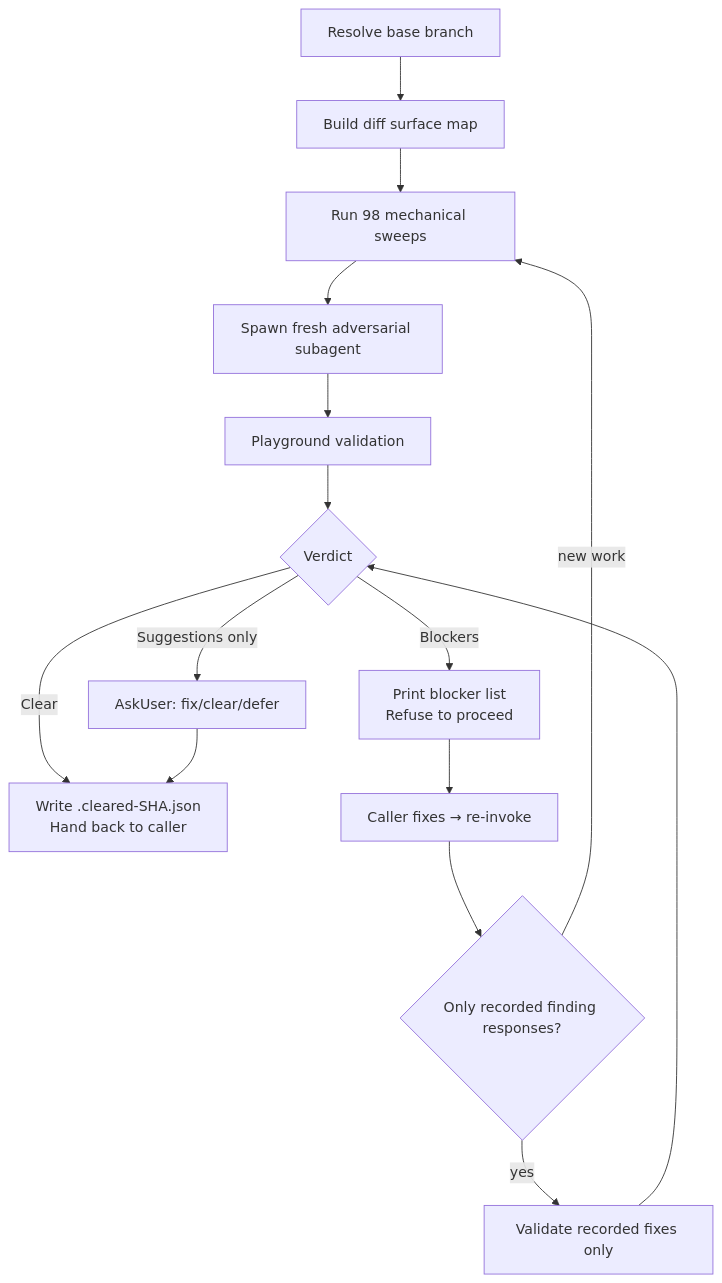
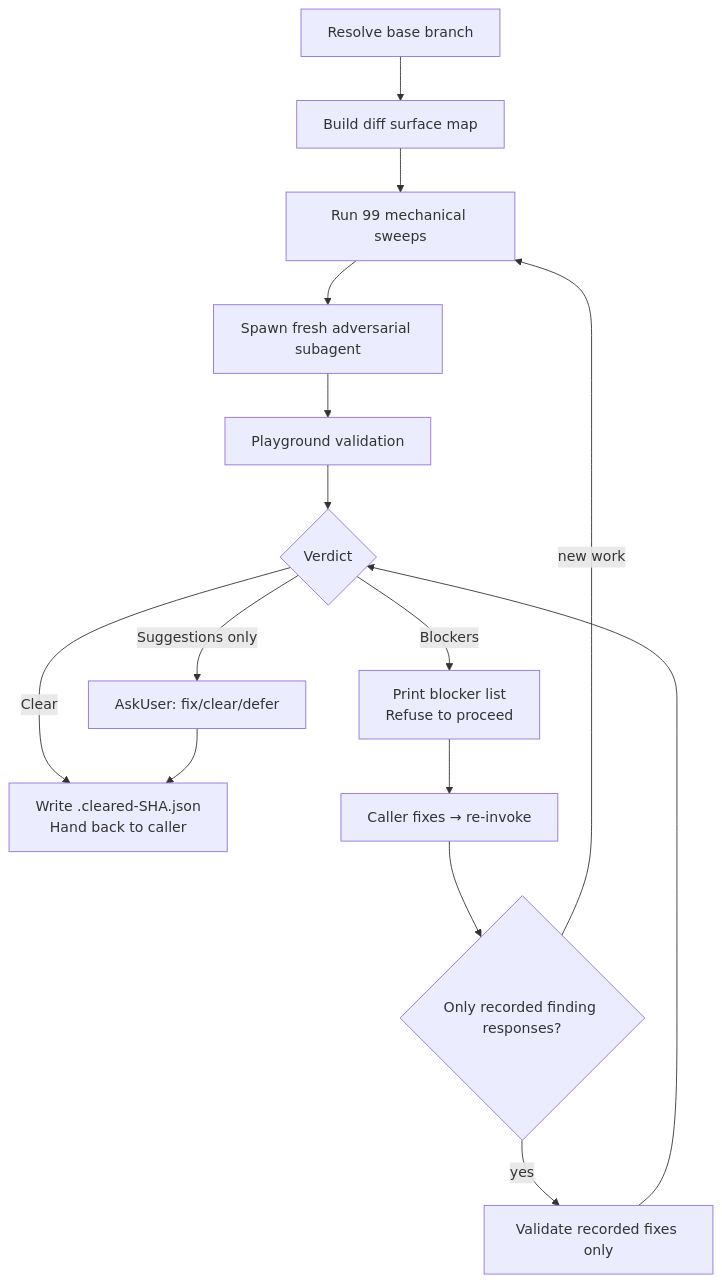
The diagram in skills/adversarial-review/README.md (whizzzkid/skills), drawn with Mermaid before and after one commit. The commit also changed other lines of this file and 3 other files, not shown here.

````diff
--- a/skills/adversarial-review/README.md
+++ b/skills/adversarial-review/README.md
@@ -16,17 +16,17 @@
 ```mermaid
 flowchart TD
     A[Resolve base branch] --> B[Build diff surface map]
-    B --> C[Run 98 mechanical sweeps]
+    B --> C[Run 99 mechanical sweeps]
     C --> D[Spawn fresh adversarial subagent]
     D --> E[Playground validation]
     E --> F{Verdict}
     F -->|Clear| G[Write .cleared-SHA.json<br/>Hand back to caller]
     F -->|Blockers| H[Print blocker list<br/>Refuse to proceed]
     F -->|Suggestions only| I[AskUser: fix/clear/defer]
     H --> J[Caller fixes → re-invoke]
     J --> K{Only recorded finding responses?}
     K -->|yes| V[Validate recorded fixes only]
     V --> F
     K -->|new work| C
     I --> G
 ```
````
